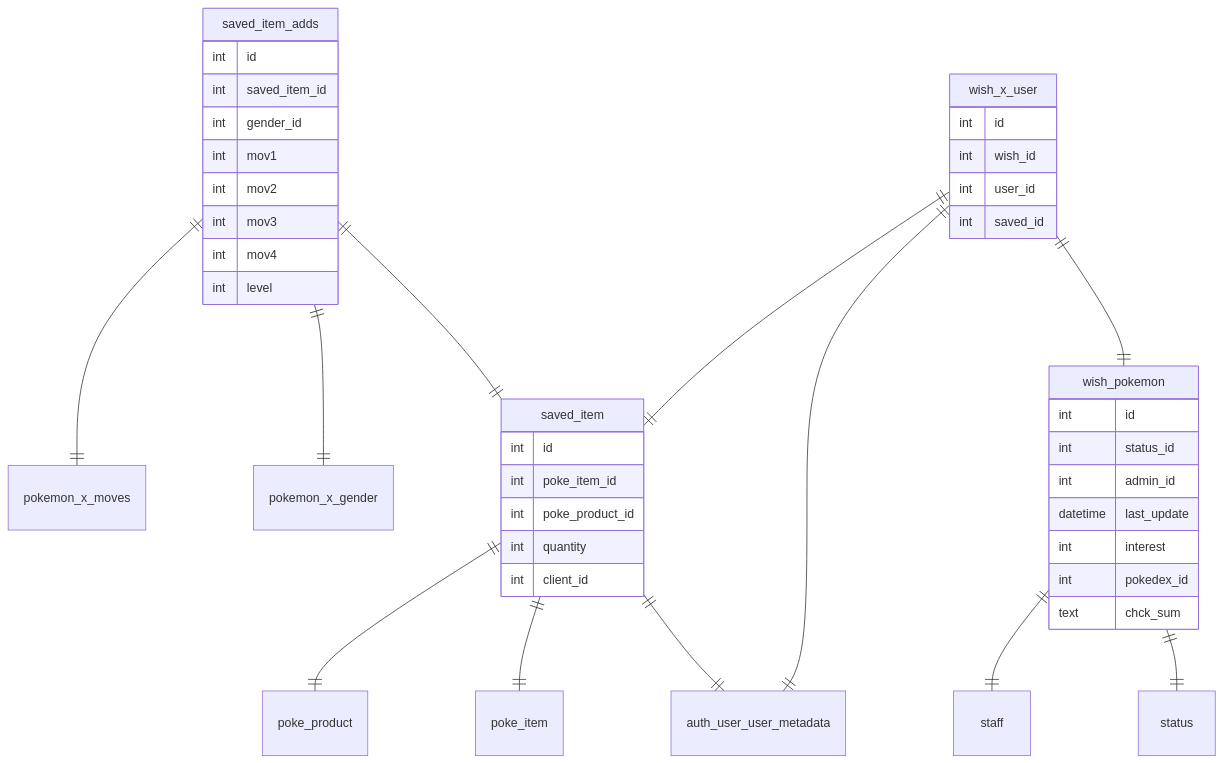
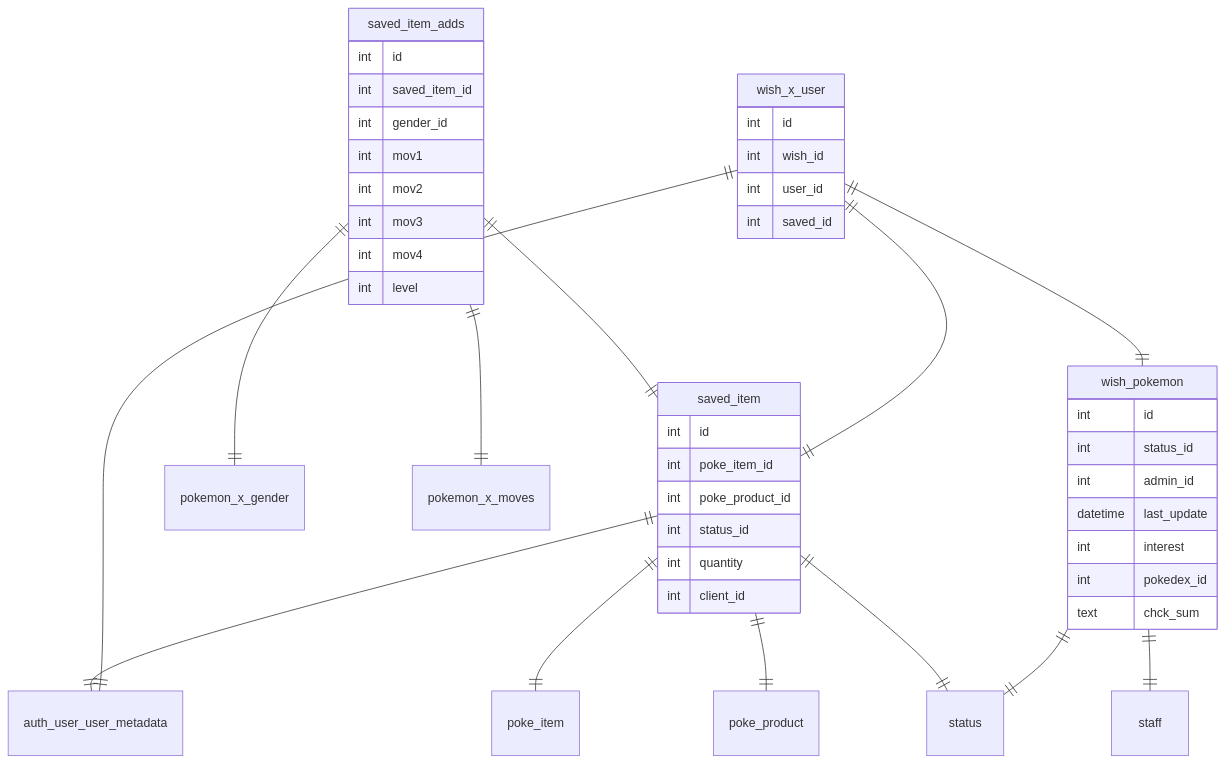
One commit to AvocadoAguacate/PokeiMarket changed the sixth of 6 diagrams in backend/db/readme.md. Above: the diagram before and after it, drawn with Mermaid. The commit also changed other lines of this file and 1 other file, not shown here.

````diff
--- a/backend/db/readme.md
+++ b/backend/db/readme.md
@@ -824,66 +876,68 @@
 ```mermaid
 erDiagram
     saved_item{
         int id
         int poke_item_id
         int poke_product_id
+        int status_id
         int quantity
         %% quantity > 0
         int client_id
         %% nulleable item_id y pokemon_id
         %% pero hacer un check para que solo uno sea null
     }
 
     saved_item ||--|| auth_user_user_metadata:""
     saved_item ||--|| poke_item:""
     saved_item ||--|| poke_product:""
+    saved_item ||--|| status:""
 
     saved_item_adds{
         int id
         int saved_item_id
         int gender_id
         %% CONSTRAINT fk_gender FOREIGN KEY (gender_id) REFERENCES pokemon_x_gender (id) ON DELETE CASCADE
         int mov1
         %% CONSTRAINT fk_mov1 FOREIGN KEY (mov1) REFERENCES pokemon_x_moves (id) ON DELETE CASCADE 
         int mov2
         %% CONSTRAINT fk_mov2 FOREIGN KEY (mov1) REFERENCES pokemon_x_moves (id) ON DELETE CASCADE 
         int mov3
         %% CONSTRAINT fk_mov3 FOREIGN KEY (mov1) REFERENCES pokemon_x_moves (id) ON DELETE CASCADE 
         int mov4
         %% CONSTRAINT fk_mov4 FOREIGN KEY (mov1) REFERENCES pokemon_x_moves (id) ON DELETE CASCADE 
         int level
         %% level > 0
     }
 
     saved_item_adds ||--|| saved_item:""
     saved_item_adds ||--|| pokemon_x_gender:""
     saved_item_adds ||--|| pokemon_x_moves:""
 
     wish_pokemon{
         int id
         int status_id
         int admin_id
         %% CONSTRAINT fk_admin FOREIGN KEY (admin_id) REFERENCES staff (id) ON DELETE CASCADE
         datetime last_update
         int interest
         %% cantidad de usuarios que quieren el pokemon
         int pokedex_id
         %% pokedex_id no es llave foranea 
         text chck_sum
     }
 
     wish_pokemon ||--|| status:""
     wish_pokemon ||--|| staff:""
 
     wish_x_user{
         int id
         int wish_id
         int user_id
         %% CONSTRAINT fk_user FOREIGN KEY (user_id) REFERENCES auth.users (id) ON DELETE CASCADE
         int saved_id
     }
 
     wish_x_user ||--|| wish_pokemon:""
     wish_x_user ||--|| auth_user_user_metadata:""
     wish_x_user ||--|| saved_item:""
 ```
````
